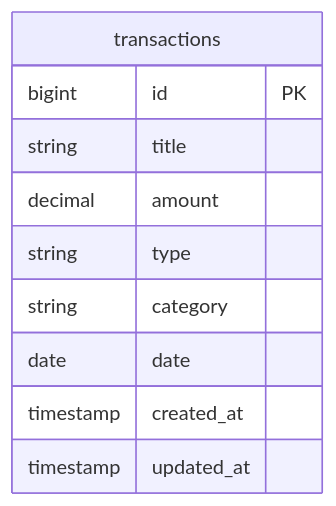
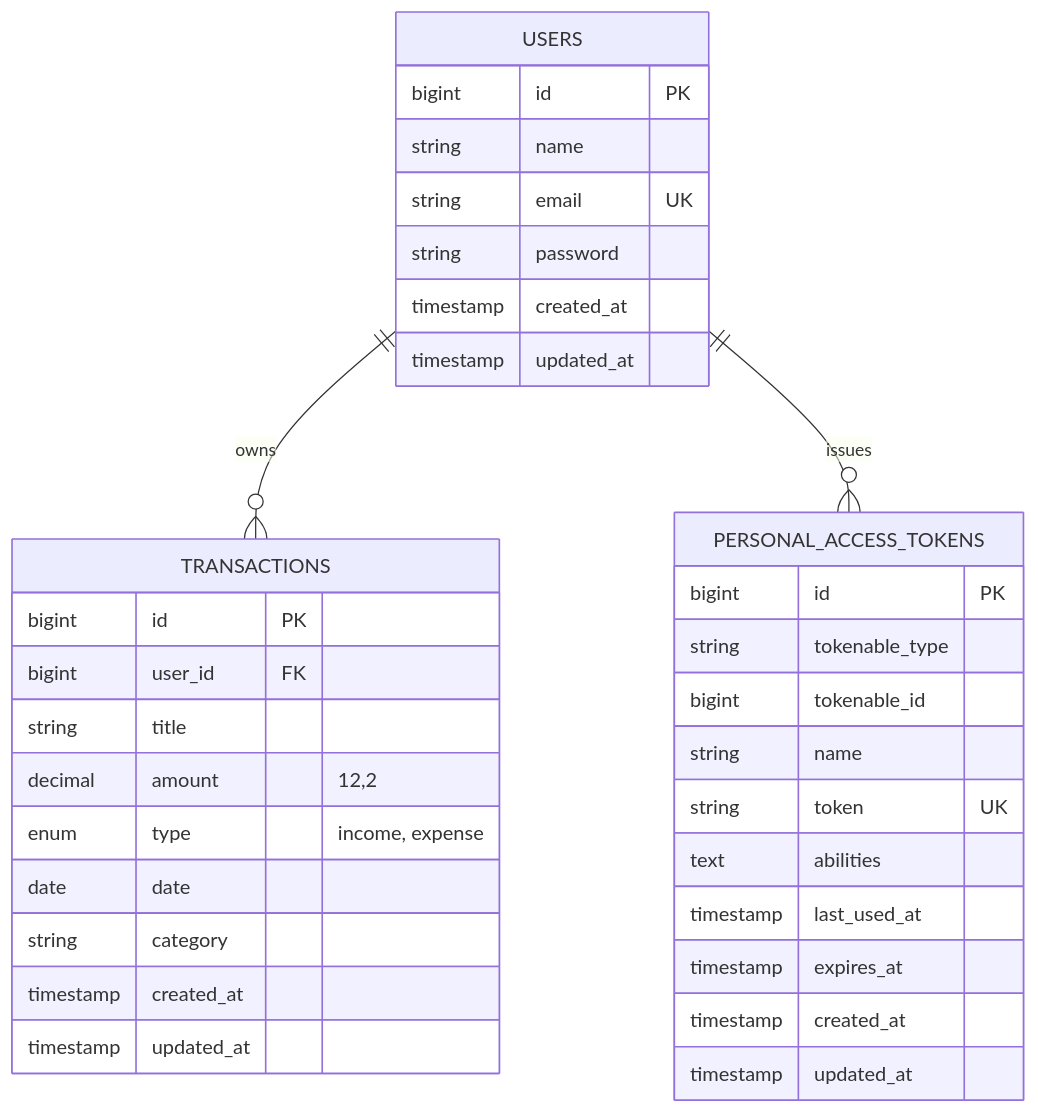
One commit to frielssa/pocket-tracker changed the third of 3 diagrams in README.md. Above: the diagram before and after it, drawn with Mermaid. The commit also changed other lines of this file, not shown here.

````diff
--- a/README.md
+++ b/README.md
@@ -58,13 +125,39 @@
 ```mermaid
 erDiagram
-    transactions {
+    USERS ||--o{ TRANSACTIONS : owns
+    USERS ||--o{ PERSONAL_ACCESS_TOKENS : issues
+
+    USERS {
         bigint id PK
+        string name
+        string email UK
+        string password
+        timestamp created_at
+        timestamp updated_at
+    }
+
+    TRANSACTIONS {
+        bigint id PK
+        bigint user_id FK
         string title
-        decimal amount
-        string type
+        decimal amount "12,2"
+        enum type "income, expense"
+        date date
         string category
-        date date
+        timestamp created_at
+        timestamp updated_at
+    }
+
+    PERSONAL_ACCESS_TOKENS {
+        bigint id PK
+        string tokenable_type
+        bigint tokenable_id
+        string name
+        string token UK
+        text abilities
+        timestamp last_used_at
+        timestamp expires_at
         timestamp created_at
         timestamp updated_at
     }
 ```
````
